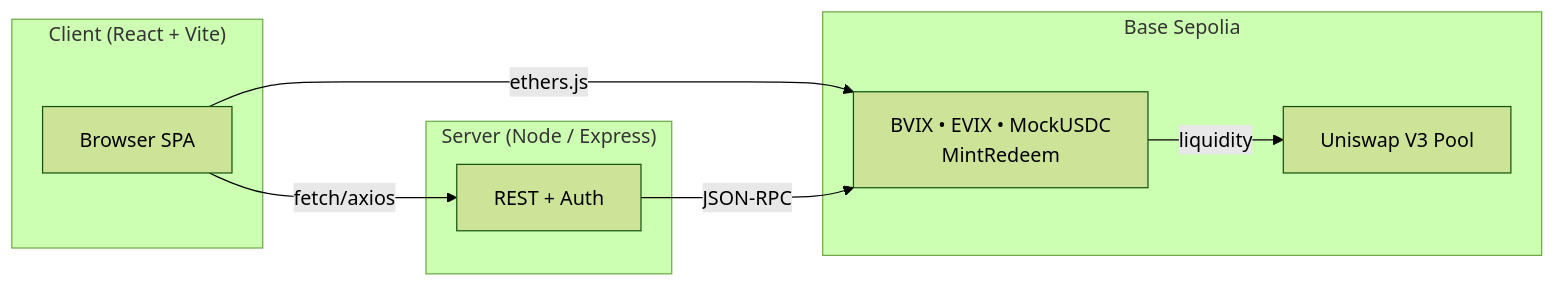
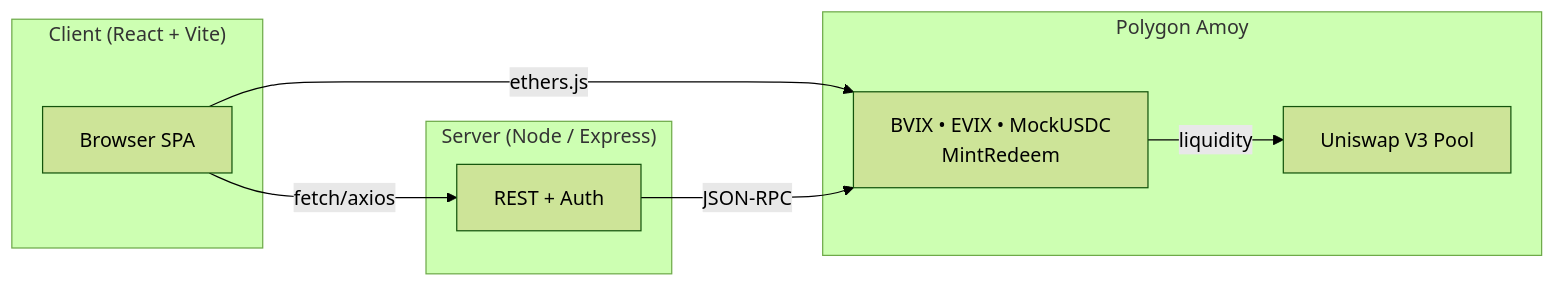
Before and after one commit to iamguerrero/levitas-protocol: the diagram in README.md, drawn with Mermaid (forest theme). The commit also changed other lines of this file and 11 other files, not shown here.

First line of the commit message:
Adapt application to operate using Polygon Amoy test network instead of Base

````diff
--- a/README.md
+++ b/README.md
@@ -14,23 +14,23 @@
 ```mermaid
 flowchart LR
   %% ---------- Front-end ----------
   subgraph Client ["Client (React + Vite)"]
     A[Browser SPA]
   end
 
   %% ---------- Back-end ----------
   subgraph Server ["Server (Node / Express)"]
     B[REST + Auth]
   end
 
   %% ---------- Blockchain ----------
-  subgraph "Base Sepolia"
+  subgraph "Polygon Amoy"
     C["BVIX • EVIX • MockUSDC<br/>MintRedeem"]
     D["Uniswap V3 Pool"]
   end
 
   A -- ethers.js --> C
   A -- fetch/axios --> B
   B -- JSON-RPC --> C
   C -- liquidity --> D
 ```
````
